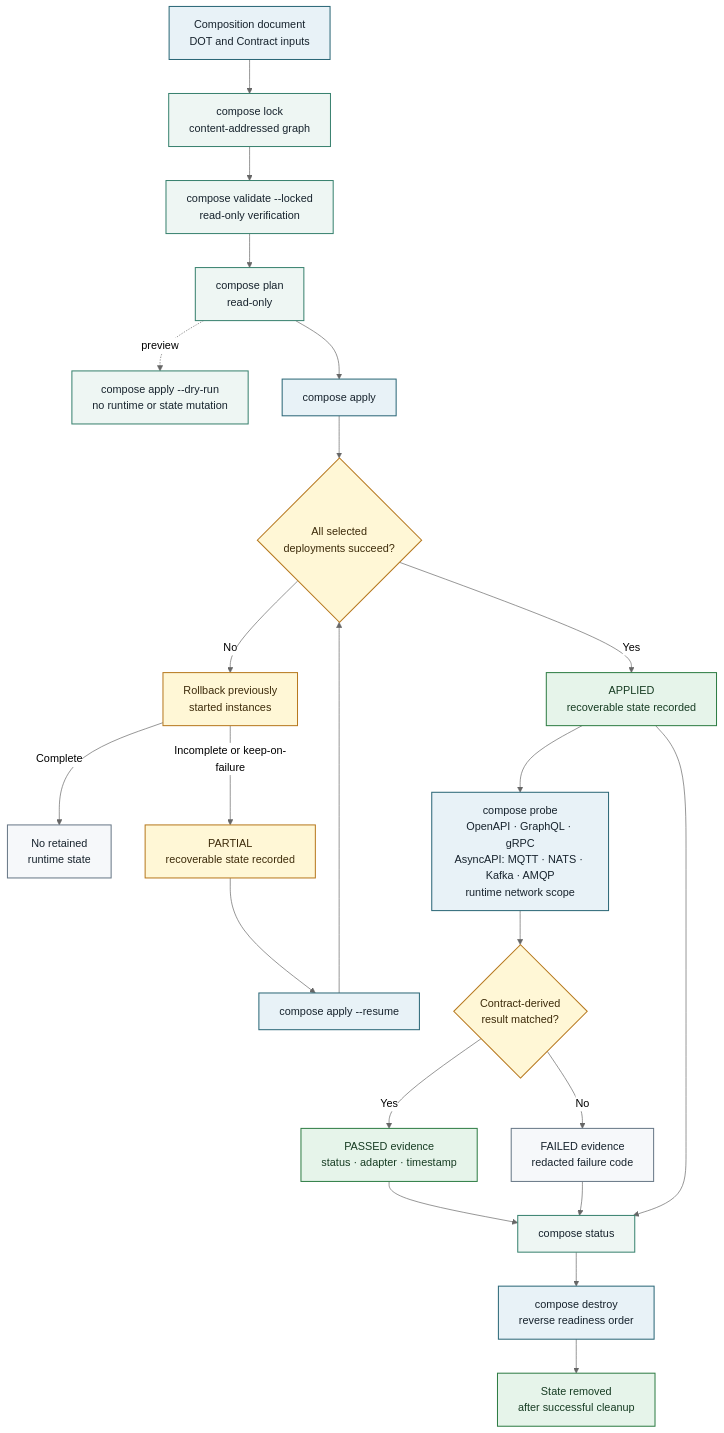
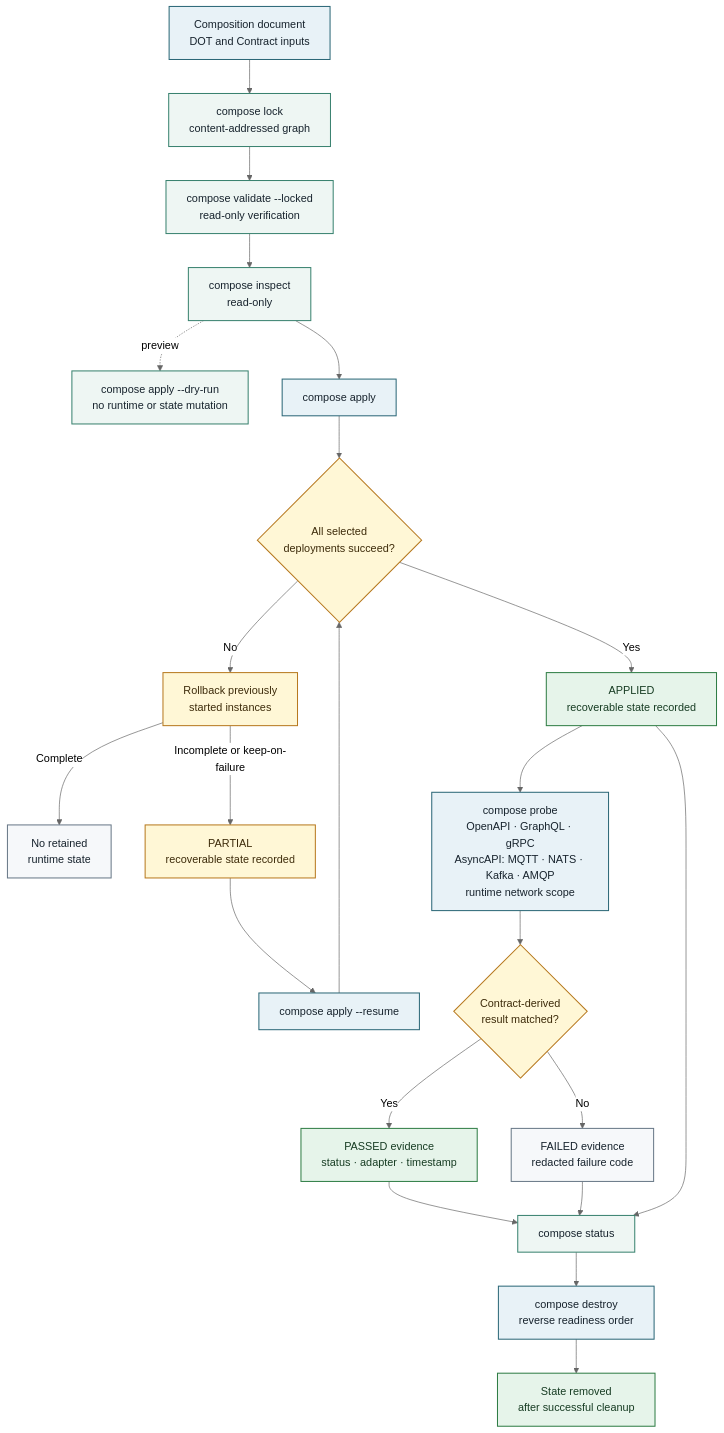
Before and after one commit to MARE-EU-Project/DOT-Docs: the diagram in DOT-Design/next/dot-design/_attachments/diagrams/composition-lifecycle.mmd, drawn with Mermaid (neutral theme). The commit also changed 20 other files, not shown here.

```diff
--- a/DOT-Design/next/dot-design/_attachments/diagrams/composition-lifecycle.mmd
+++ b/DOT-Design/next/dot-design/_attachments/diagrams/composition-lifecycle.mmd
@@ -1,40 +1,40 @@
 flowchart TD
   accTitle: Composition command and recovery lifecycle
   accDescr: Lock content-addresses the DOT-to-DOT graph, validate and plan verify it read-only, dry-run previews actions, apply records either an applied or recoverable state, safe contract probes record active evidence, and destroy removes state only after successful cleanup.
 
   Document["Composition document<br/>DOT and Contract inputs"] --> Lock["compose lock<br/>content-addressed graph"]
   Lock --> Validate["compose validate --locked<br/>read-only verification"]
-  Validate --> Plan["compose plan<br/>read-only"]
+  Validate --> Plan["compose inspect<br/>read-only"]
   Plan -.->|preview| DryRun["compose apply --dry-run<br/>no runtime or state mutation"]
   Plan --> Apply["compose apply"]
   Apply --> Outcome{"All selected<br/>deployments succeed?"}
   Outcome -->|Yes| Applied["APPLIED<br/>recoverable state recorded"]
   Outcome -->|No| Rollback["Rollback previously<br/>started instances"]
   Rollback -->|Complete| Failed["No retained<br/>runtime state"]
   Rollback -->|Incomplete or keep-on-failure| Recoverable["PARTIAL<br/>recoverable state recorded"]
   Recoverable --> Resume["compose apply --resume"]
   Resume --> Outcome
   Applied --> Probe["compose probe<br/>OpenAPI · GraphQL · gRPC<br/>AsyncAPI: MQTT · NATS · Kafka · AMQP<br/>runtime network scope"]
   Probe --> Evidence{"Contract-derived<br/>result matched?"}
   Evidence -->|Yes| Passed["PASSED evidence<br/>status · adapter · timestamp"]
   Evidence -->|No| ProbeFailed["FAILED evidence<br/>redacted failure code"]
   Passed --> Status["compose status"]
   ProbeFailed --> Status
   Applied --> Status
   Status --> Destroy["compose destroy<br/>reverse readiness order"]
   Destroy --> Removed["State removed<br/>after successful cleanup"]
 
   classDef source fill:#e8f2f7,stroke:#2b6777,color:#17232d,stroke-width:1.5px;
   classDef readonly fill:#eef6f3,stroke:#39826f,color:#17232d,stroke-width:1.5px;
   classDef mutation fill:#e8f2f7,stroke:#2b6777,color:#17232d,stroke-width:1.5px;
   classDef decision fill:#fff7d6,stroke:#b7791f,color:#3d2b0a,stroke-width:1.5px;
   classDef success fill:#e6f4ea,stroke:#2f7d45,color:#173c23,stroke-width:1.5px;
   classDef recovery fill:#fff7d6,stroke:#b7791f,color:#3d2b0a,stroke-width:1.5px;
   classDef terminal fill:#f6f8fa,stroke:#687887,color:#17232d,stroke-width:1.5px;
   class Document source;
   class Lock,Validate,Plan,DryRun,Status readonly;
   class Apply,Probe,Resume,Destroy mutation;
   class Outcome,Evidence decision;
   class Applied,Passed,Removed success;
   class Rollback,Recoverable recovery;
   class Failed,ProbeFailed terminal;
```
